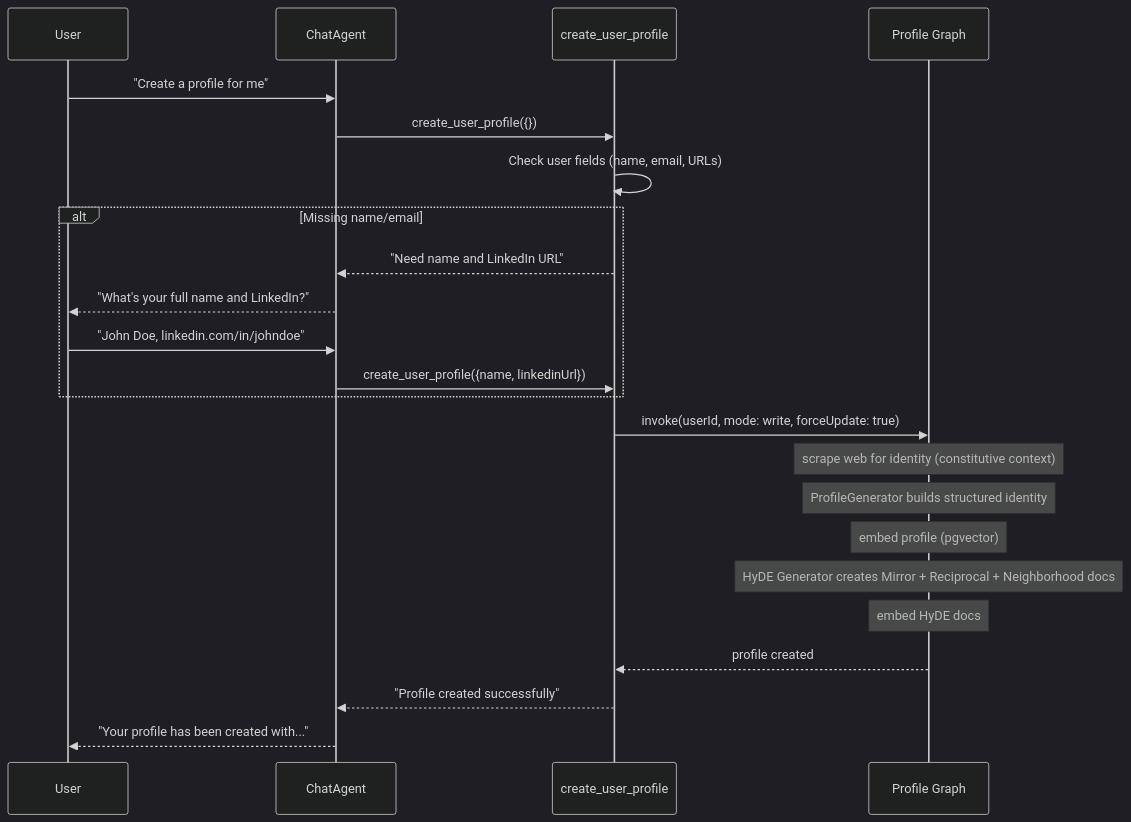
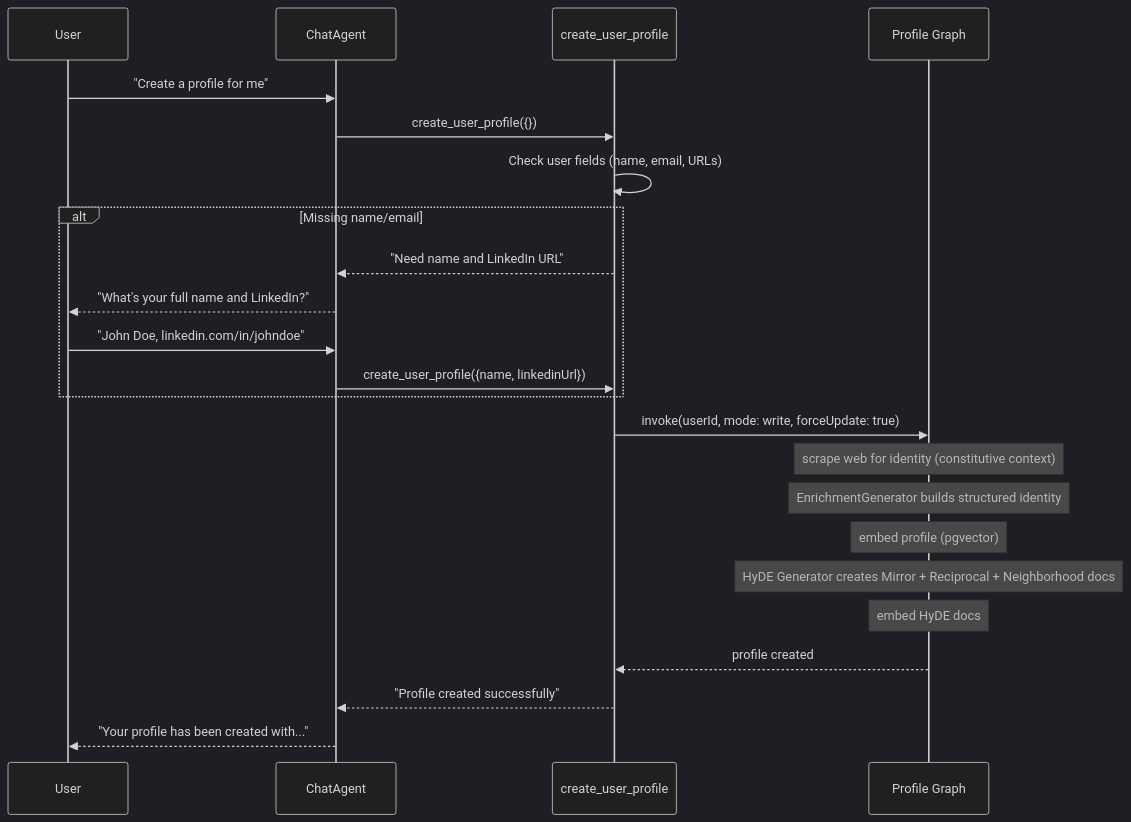
One commit to indexnetwork/index changed the third of 5 diagrams in packages/protocol/src/README.md. Above: the diagram before and after it, drawn with Mermaid (dark theme). The commit also changed other lines of this file and 32 other files, not shown here.

First line of the commit message:
refactor(protocol): rename profile pipeline to enrichment; ProfileDocument->UserIdentity (IND-368)

````diff
--- a/packages/protocol/src/README.md
+++ b/packages/protocol/src/README.md
@@ -214,26 +214,26 @@
 ```mermaid
 sequenceDiagram
     participant User
     participant Agent as ChatAgent
     participant PT as create_user_profile
     participant PG as Profile Graph
 
     User->>Agent: "Create a profile for me"
     Agent->>PT: create_user_profile({})
     PT->>PT: Check user fields (name, email, URLs)
     alt Missing name/email
         PT-->>Agent: "Need name and LinkedIn URL"
         Agent-->>User: "What's your full name and LinkedIn?"
         User->>Agent: "John Doe, linkedin.com/in/johndoe"
         Agent->>PT: create_user_profile({name, linkedinUrl})
     end
     PT->>PG: invoke(userId, mode: write, forceUpdate: true)
     Note over PG: scrape web for identity (constitutive context)
-    Note over PG: ProfileGenerator builds structured identity
+    Note over PG: EnrichmentGenerator builds structured identity
     Note over PG: embed profile (pgvector)
     Note over PG: HyDE Generator creates Mirror + Reciprocal + Neighborhood docs
     Note over PG: embed HyDE docs
     PG-->>PT: profile created
     PT-->>Agent: "Profile created successfully"
     Agent-->>User: "Your profile has been created with..."
 ```
````
